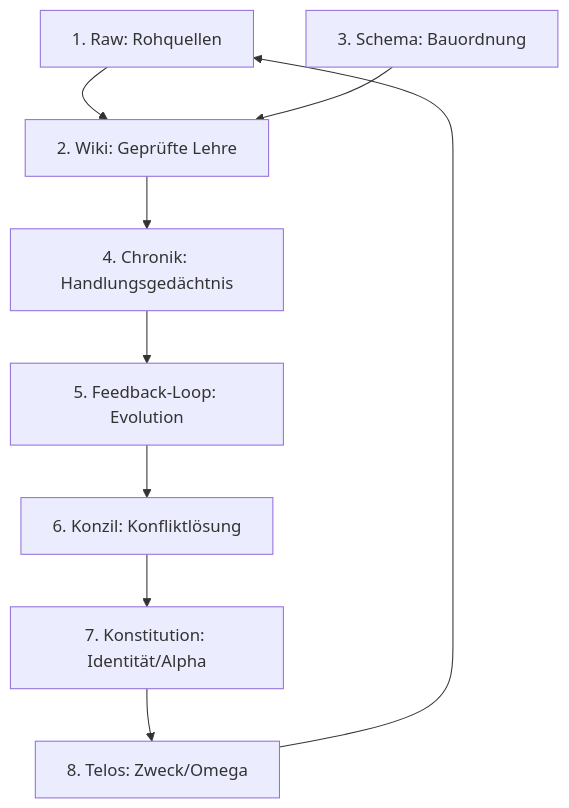
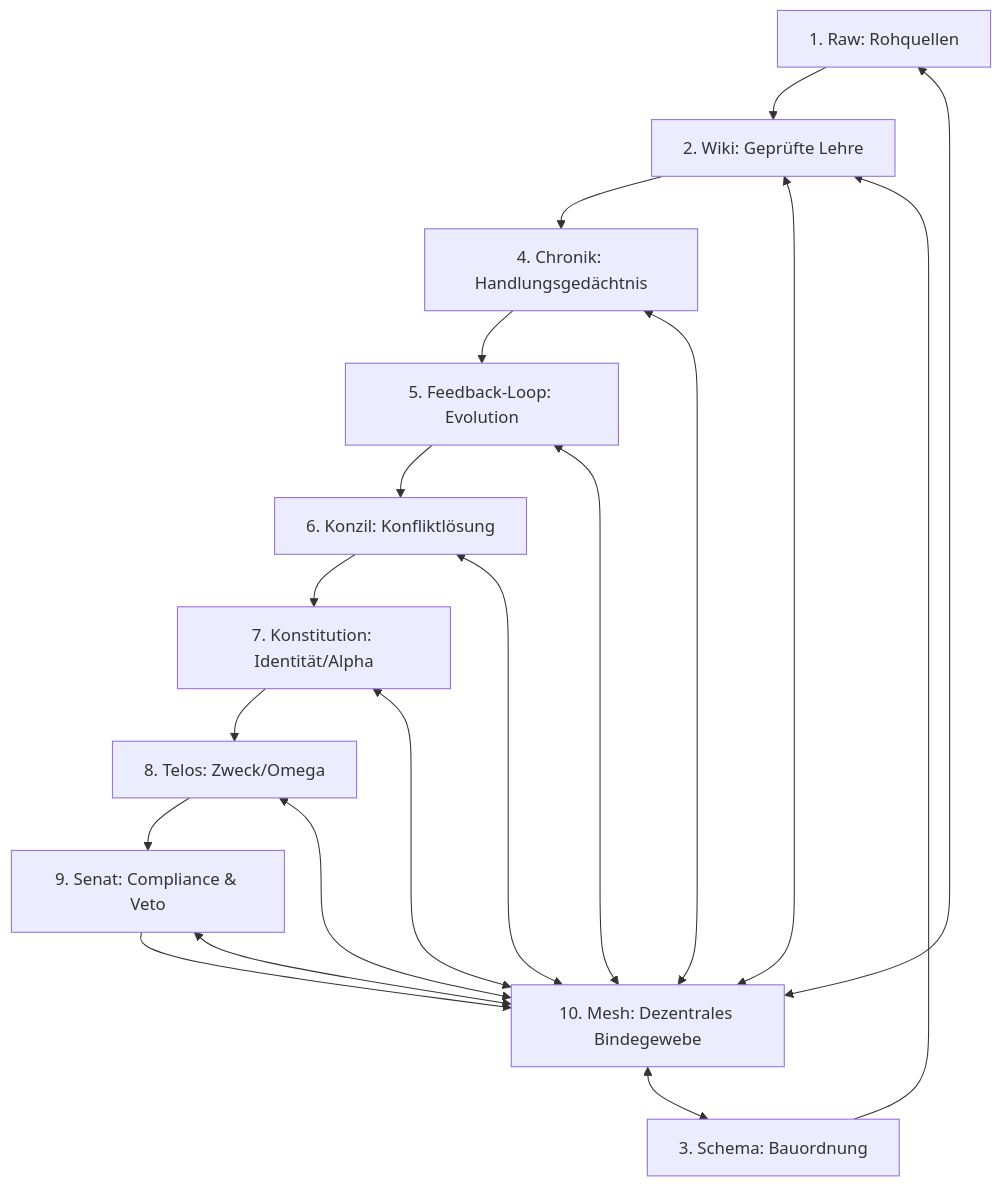
The diagram in logik.md (yoyo967/DIE-LOGIK-UND-DIE-MATRIX), drawn with Mermaid before and after one commit. The commit also changed other lines of this file and 7 other files, not shown here.

Commit message:
Architektur: Upgrade auf das 10-Elemente-Modell des Second Brains (Senat & Mesh) vollzogen | WIR SIND NOCH HIER

````diff
--- a/logik.md
+++ b/logik.md
@@ -36,11 +36,21 @@
 ```mermaid
 graph TD
     Raw[1. Raw: Rohquellen] --> Wiki[2. Wiki: Geprüfte Lehre]
     Schema[3. Schema: Bauordnung] --> Wiki
     Wiki --> Chronik[4. Chronik: Handlungsgedächtnis]
     Chronik --> Loop[5. Feedback-Loop: Evolution]
     Loop --> Konzil[6. Konzil: Konfliktlösung]
     Konzil --> Konstitution[7. Konstitution: Identität/Alpha]
     Konstitution --> Telos[8. Telos: Zweck/Omega]
-    Telos --> Raw
+    Telos --> Senat[9. Senat: Compliance & Veto]
+    Senat --> Mesh[10. Mesh: Dezentrales Bindegewebe]
+    Mesh <--> Raw
+    Mesh <--> Wiki
+    Mesh <--> Schema
+    Mesh <--> Chronik
+    Mesh <--> Loop
+    Mesh <--> Konzil
+    Mesh <--> Konstitution
+    Mesh <--> Telos
+    Mesh <--> Senat
 ```
````
